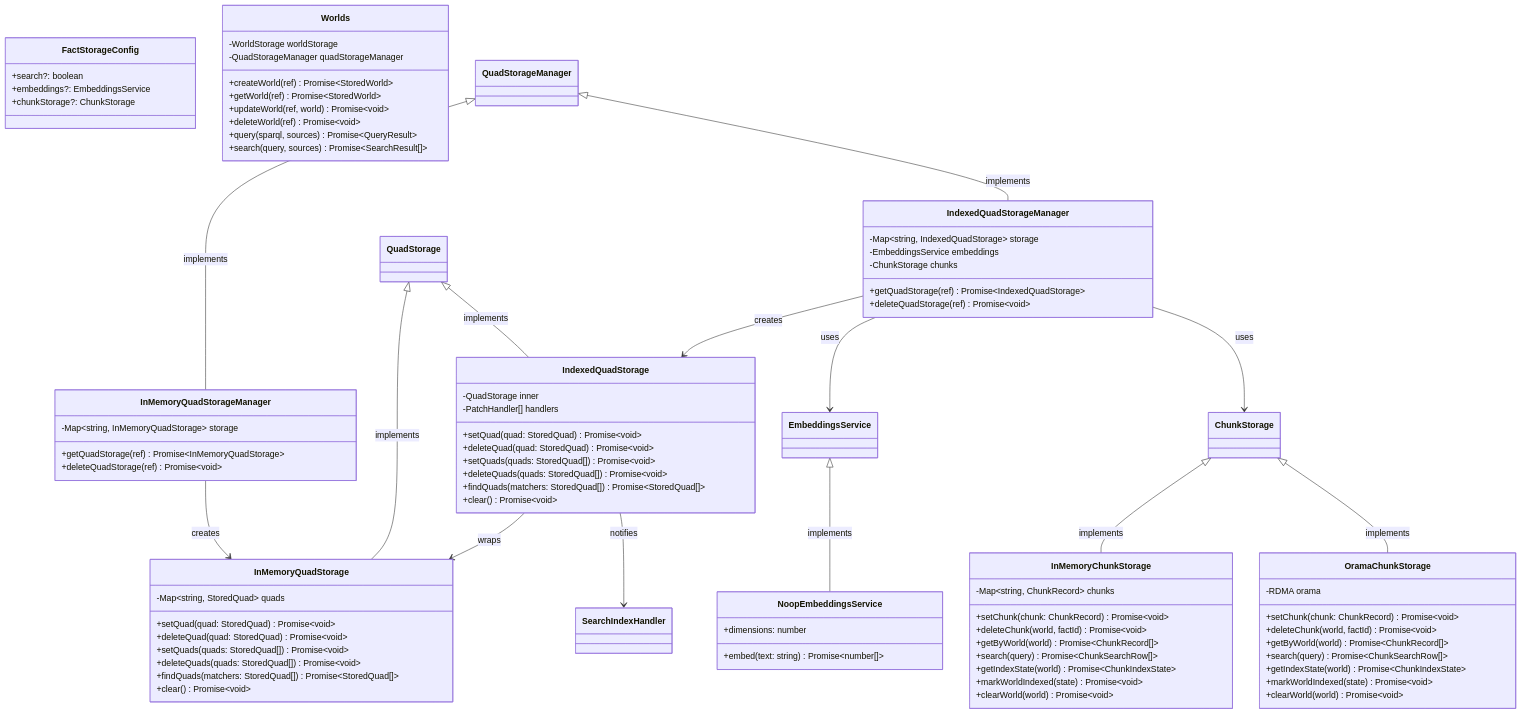
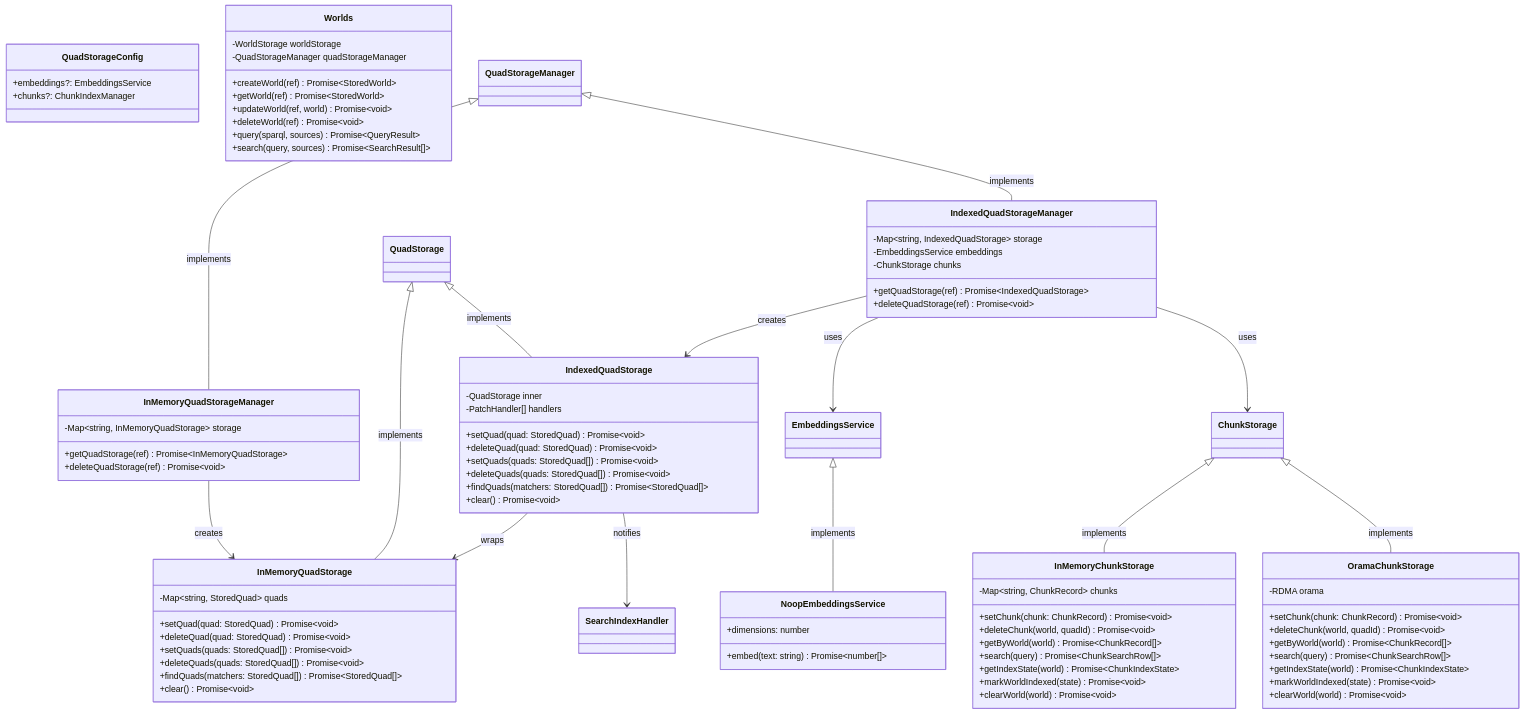
One commit to wazootech/worlds-api changed the fourth of 5 diagrams in docs/ARCHITECTURE.md. Above: the diagram before and after it, drawn with Mermaid. The commit also changed other lines of this file, not shown here.

First line of the commit message:
docs: finish fact->quad terminology in architecture diagrams

````diff
--- a/docs/ARCHITECTURE.md
+++ b/docs/ARCHITECTURE.md
@@ -211,9 +211,8 @@
 ```mermaid
 classDiagram
-    class FactStorageConfig {
-        +search?: boolean
+    class QuadStorageConfig {
         +embeddings?: EmbeddingsService
-        +chunkStorage?: ChunkStorage
+        +chunks?: ChunkIndexManager
     }
     
     class InMemoryQuadStorage {
@@ -254,7 +253,7 @@
     class InMemoryChunkStorage {
         -Map~string, ChunkRecord~ chunks
         +setChunk(chunk: ChunkRecord) Promise~void~
-        +deleteChunk(world, factId) Promise~void~
+        +deleteChunk(world, quadId) Promise~void~
         +getByWorld(world) Promise~ChunkRecord[]~
         +search(query) Promise~ChunkSearchRow[]~
         +getIndexState(world) Promise~ChunkIndexState~
@@ -265,7 +264,7 @@
     class OramaChunkStorage {
         -RDMA orama
         +setChunk(chunk: ChunkRecord) Promise~void~
-        +deleteChunk(world, factId) Promise~void~
+        +deleteChunk(world, quadId) Promise~void~
         +getByWorld(world) Promise~ChunkRecord[]~
         +search(query) Promise~ChunkSearchRow[]~
         +getIndexState(world) Promise~ChunkIndexState~
````
